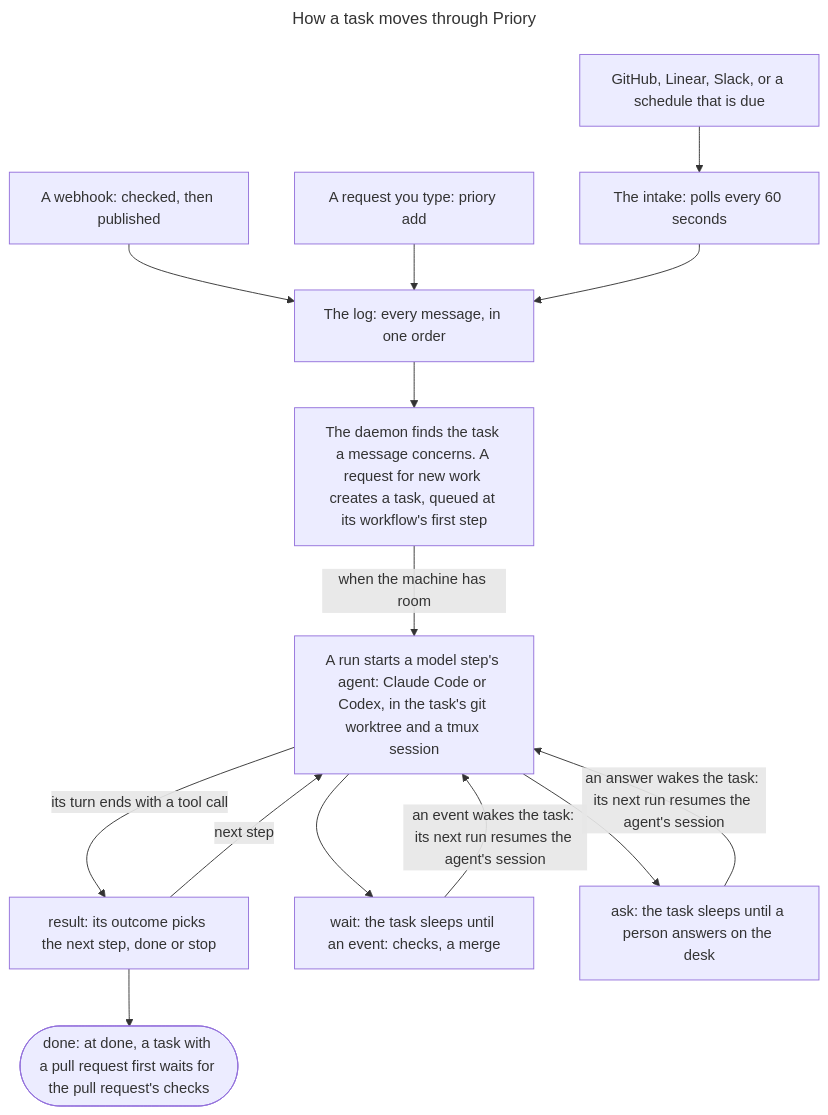
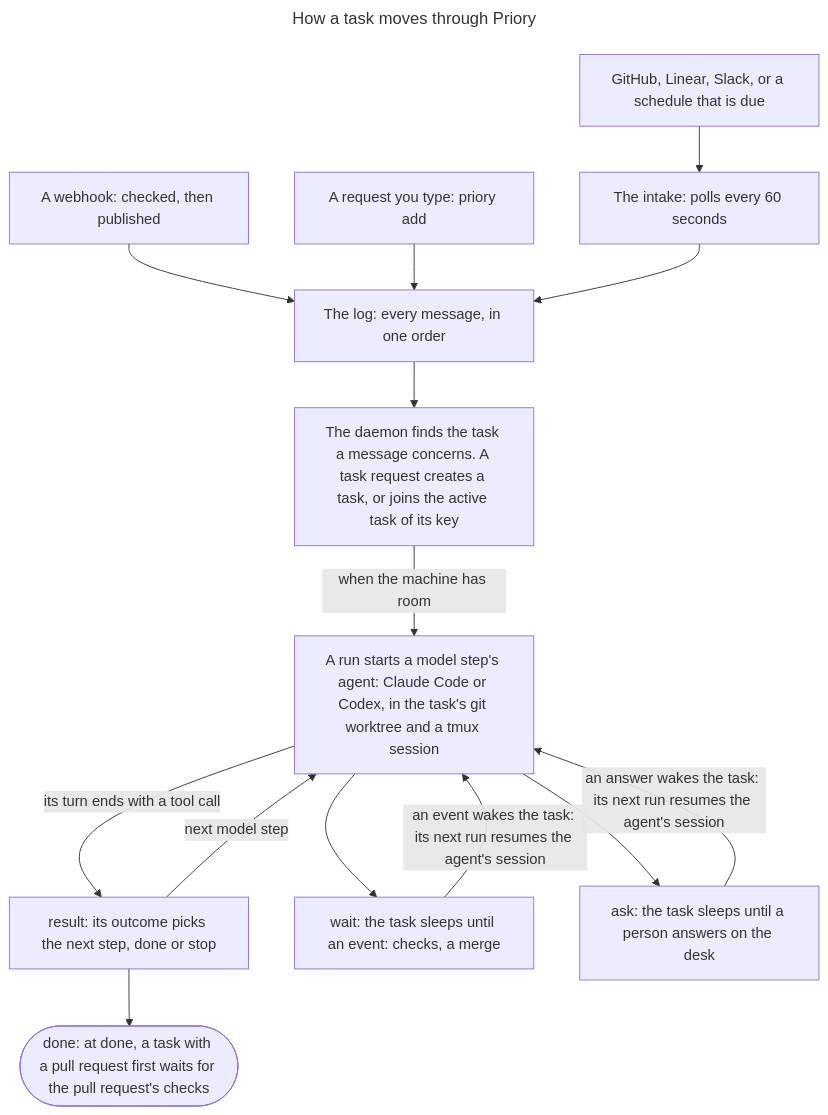
Before and after one commit to maxence-lefebvre/priory: the diagram in docs/images/diagrams/task-flow.mmd, drawn with Mermaid. The commit also changed 3 other files, not shown here.

First line of the commit message:
Say that a request can join a task and that only a model step starts a run

```diff
--- a/docs/images/diagrams/task-flow.mmd
+++ b/docs/images/diagrams/task-flow.mmd
@@ -1,17 +1,17 @@
 ---
 title: How a task moves through Priory
 ---
 flowchart TD
   polled["GitHub, Linear, Slack, or a schedule that is due"] --> intake["The intake: polls every 60 seconds"]
   webhook["A webhook: checked, then published"] --> log
   request["A request you type: priory add"] --> log
   intake --> log["The log: every message, in one order"]
-  log --> daemon["The daemon finds the task a message concerns. A request for new work creates a task, queued at its workflow's first step"]
+  log --> daemon["The daemon finds the task a message concerns. A task request creates a task, or joins the active task of its key"]
   daemon -- when the machine has room --> run["A run starts a model step's agent: Claude Code or Codex, in the task's git worktree and a tmux session"]
   run -- its turn ends with a tool call --> result["result: its outcome picks the next step, done or stop"]
   run --> wait["wait: the task sleeps until an event: checks, a merge"]
   run --> ask["ask: the task sleeps until a person answers on the desk"]
-  result -- next step --> run
+  result -- next model step --> run
   wait -- an event wakes the task: its next run resumes the agent's session --> run
   ask -- an answer wakes the task: its next run resumes the agent's session --> run
   result --> done(["done: at done, a task with a pull request first waits for the pull request's checks"])
```
